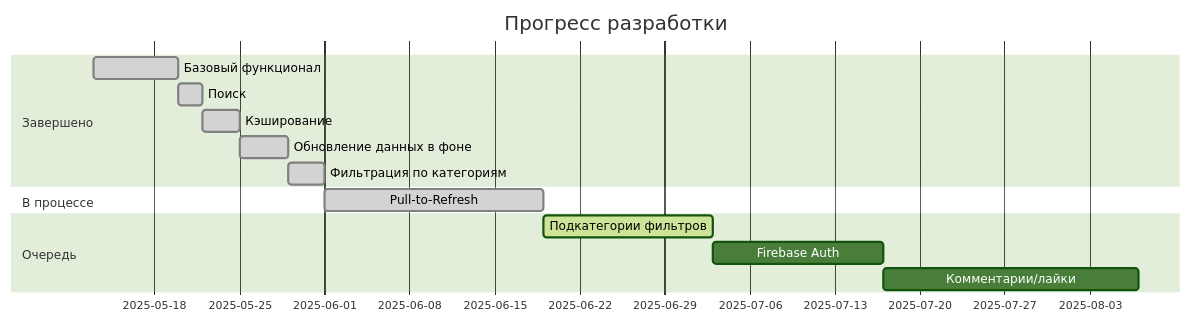
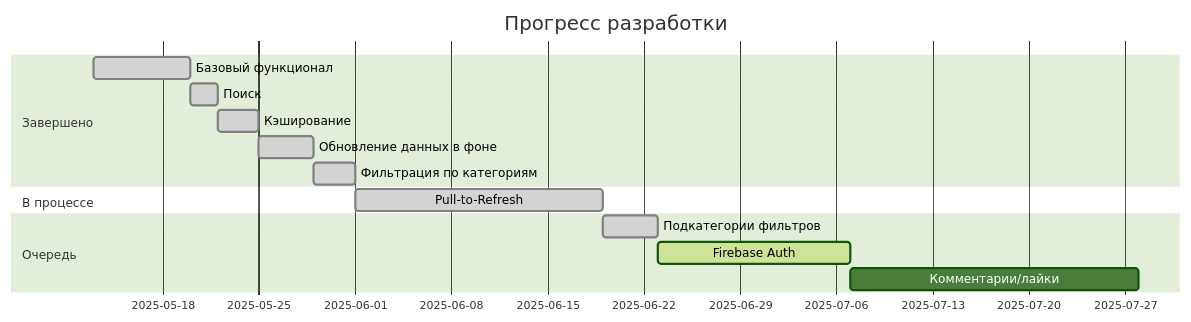
The diagram in README.md (niksaen-official/NewsAggregator), drawn with Mermaid (forest theme) before and after one commit. The commit also changed other lines of this file, not shown here.

````diff
--- a/README.md
+++ b/README.md
@@ -38,18 +38,18 @@
 ```mermaid
 gantt
     title Прогресс разработки
     dateFormat  YYYY-MM-DD
     todayMarker stroke=#000, thickness=4px
     section Завершено
     Базовый функционал          :done,    task1, 2025-05-13, 7d
     Поиск                       :done,    task2, after task1, 2d
     Кэширование                 :done,    task3, after task2, 3d
     Обновление данных в фоне    :done,    task4, after task3, 4d
     Фильтрация по категориям    :done,    task5, after task4, 3d
     section В процессе
     Pull-to-Refresh             :done,  task6, after task5, 18d
     section Очередь
-    Подкатегории фильтров       :active,         task7, after task6, 14d
-    Firebase Auth               :         task8, after task7, 14d
+    Подкатегории фильтров       :done,         task7, after task6, 4d
+    Firebase Auth               :active,         task8, after task7, 14d
     Комментарии/лайки           :         task9, after task8, 21d
 ```
````
